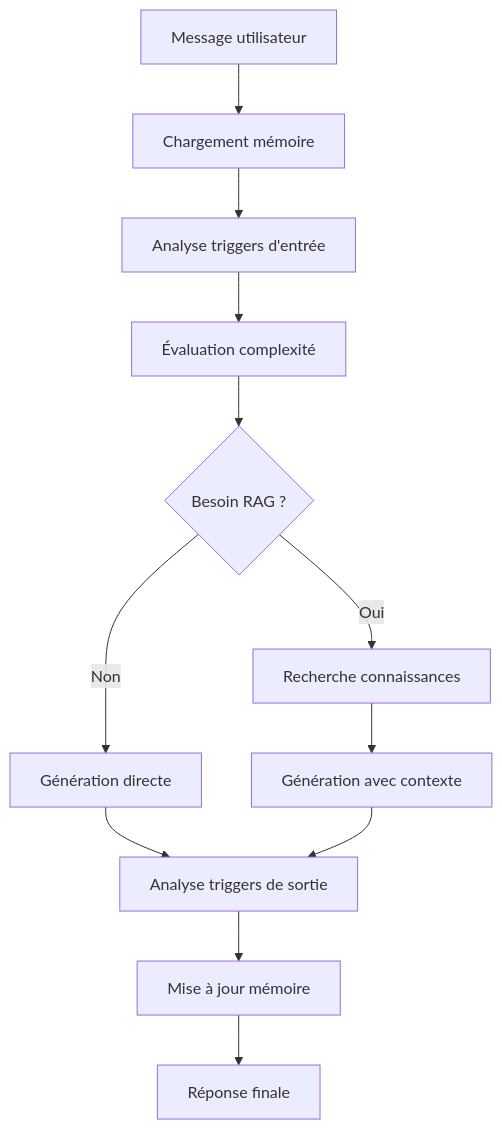
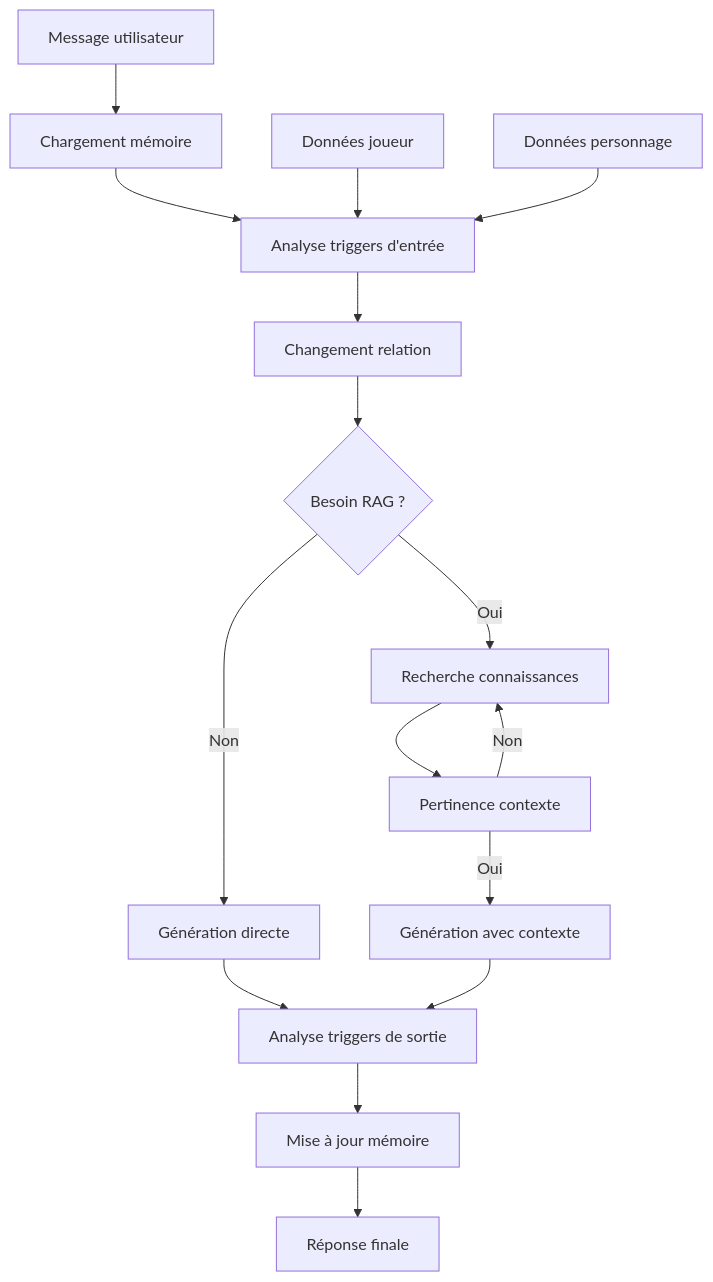
One commit to istaion/EchoForge changed the diagram in README.md. Above: the diagram before and after it, drawn with Mermaid.

Commit message:
update mermaid

````diff
--- a/README.md
+++ b/README.md
@@ -151,14 +151,18 @@
 ```mermaid
 graph TD
     A[Message utilisateur] --> B[Chargement mémoire]
     B --> C[Analyse triggers d'entrée]
-    C --> D[Évaluation complexité]
+    D1[Données joueur] --> C
+    D2[Données personnage] --> C
+    C --> D[Changement relation]
     D --> E{Besoin RAG ?}
     E -->|Oui| F[Recherche connaissances]
     E -->|Non| G[Génération directe]
-    F --> H[Génération avec contexte]
+    F --> L[Pertinence contexte]
+    L -->|Oui| H[Génération avec contexte]
+    L -->|Non| F
     G --> I[Analyse triggers de sortie]
     H --> I
     I --> J[Mise à jour mémoire]
     J --> K[Réponse finale]
 ```
````
